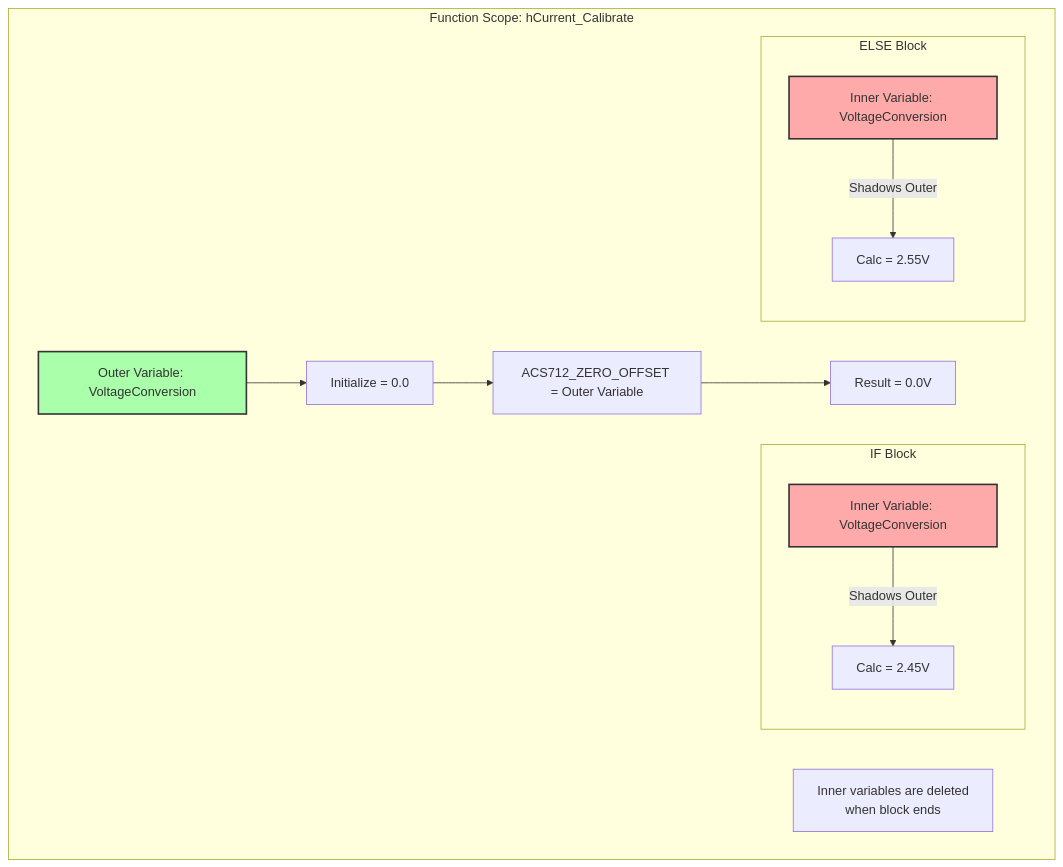
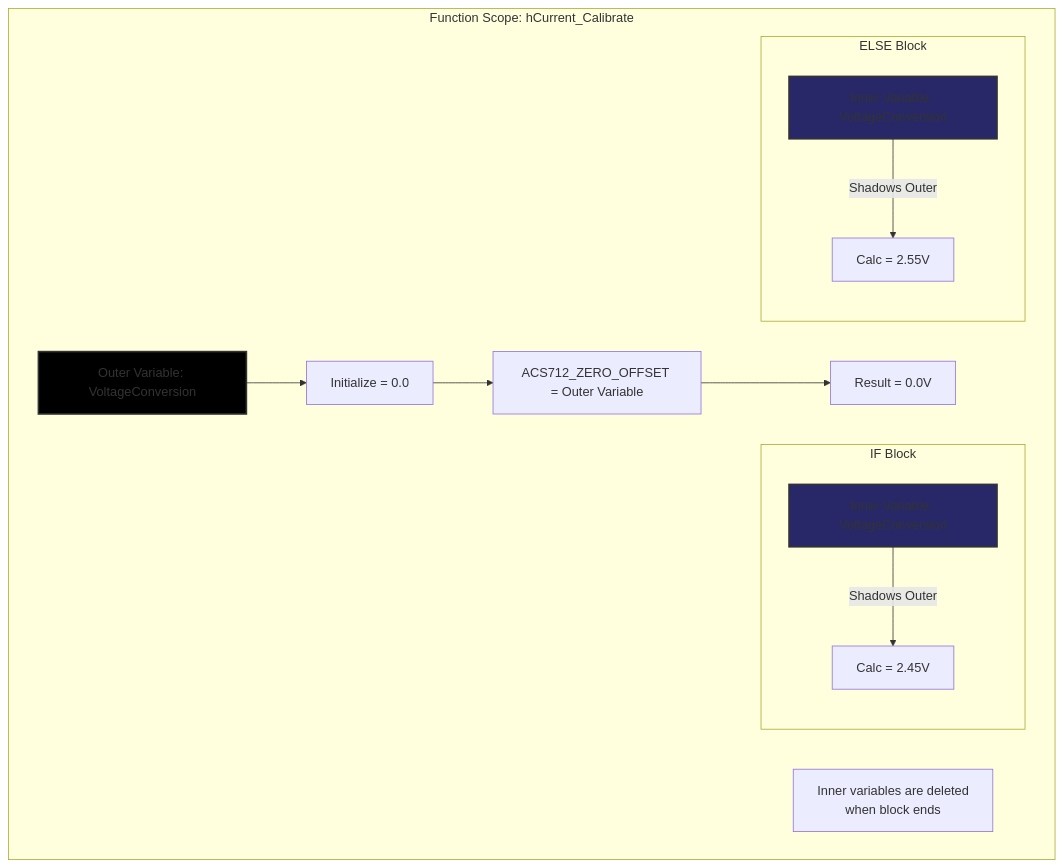
Before and after one commit to Gestell-Solution/Smart_Energy_Management_System: the diagram in Doc/Embedded/New/06_ImplementationDoc/Bugs/FixTasks/Task02_Fix_Current_Sensor_Variable_Shadowing.md, drawn with Mermaid.

Commit message:
Update styles for sensor variable shadowing diagram

````diff
--- a/Doc/Embedded/New/06_ImplementationDoc/Bugs/FixTasks/Task02_Fix_Current_Sensor_Variable_Shadowing.md
+++ b/Doc/Embedded/New/06_ImplementationDoc/Bugs/FixTasks/Task02_Fix_Current_Sensor_Variable_Shadowing.md
@@ -88,33 +88,33 @@
 ```mermaid
 graph TB
     subgraph "Function Scope: hCurrent_Calibrate"
         Outer[Outer Variable: VoltageConversion]
         Init[Initialize = 0.0]
 
         Outer --> Init
 
         subgraph "IF Block"
             Inner1[Inner Variable: VoltageConversion]
             Calc1[Calc = 2.45V]
             Inner1 -->|Shadows Outer| Calc1
         end
 
         subgraph "ELSE Block"
             Inner2[Inner Variable: VoltageConversion]
             Calc2[Calc = 2.55V]
             Inner2 -->|Shadows Outer| Calc2
         end
 
         FinalAssign[ACS712_ZERO_OFFSET = Outer Variable]
         Result[Result = 0.0V]
 
         Note1[Inner variables are deleted <br/> when block ends]
 
         Init --> FinalAssign
         FinalAssign --> Result
     end
 
-    style Inner1 fill:#ffaaaa,stroke:#333,stroke-width:2px
-    style Inner2 fill:#ffaaaa,stroke:#333,stroke-width:2px
-    style Outer fill:#aaffaa,stroke:#333,stroke-width:2px
+    style Inner1 fill:#282869,stroke:#333,stroke-width:2px
+    style Inner2 fill:#282869,stroke:#333,stroke-width:2px
+    style Outer fill:#000000,stroke:#333,stroke-width:2px
 ```
````
